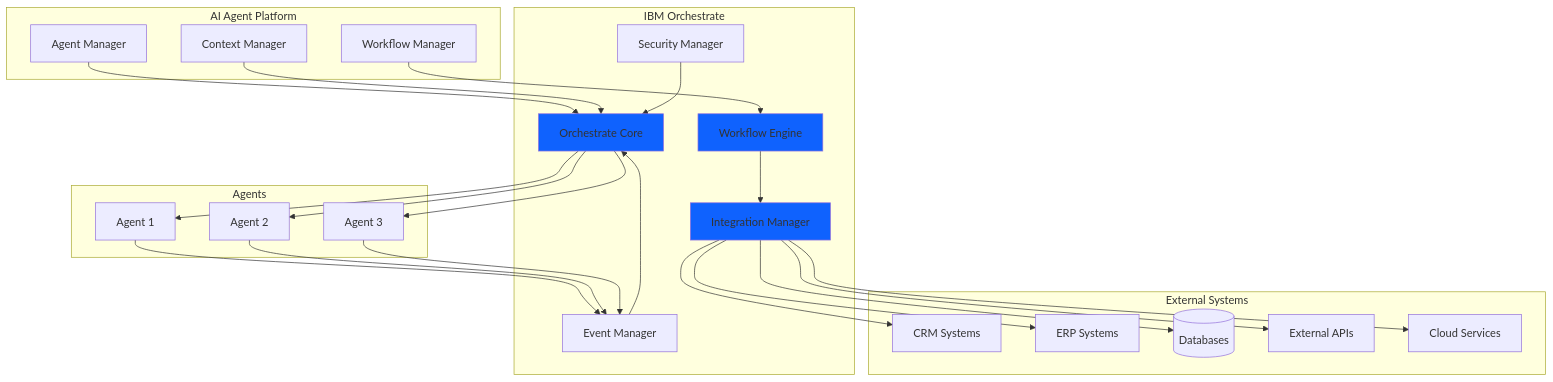
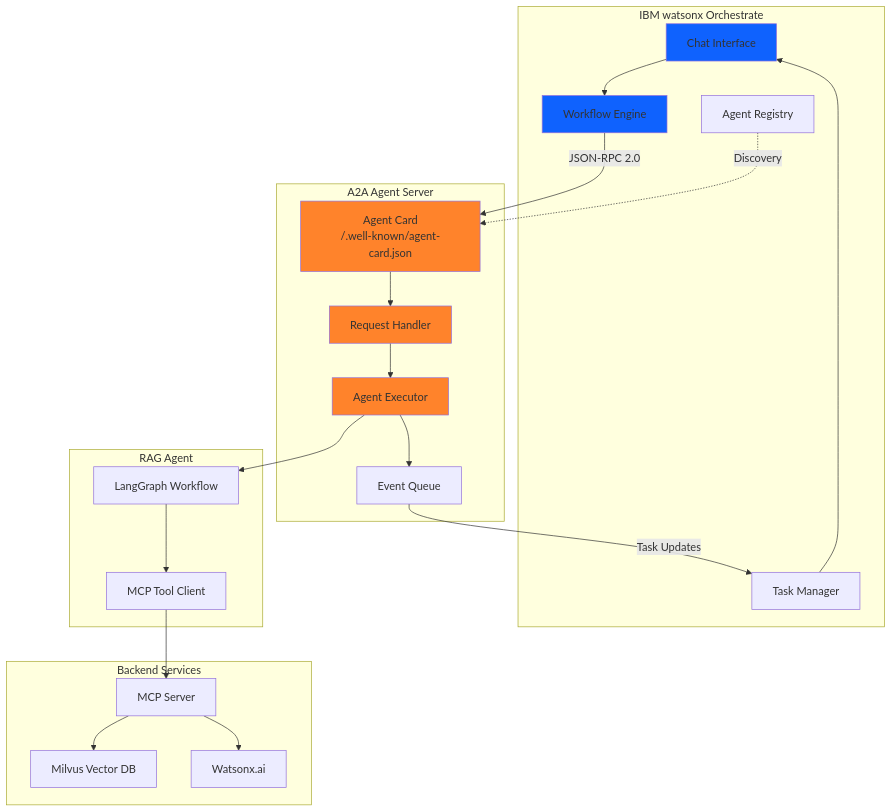
Before and after one commit to binnes/a2a: the diagram in docs/docs/architecture/orchestrate.md, drawn with Mermaid. The commit also changed other lines of this file and 30 other files, not shown here.

Commit message:
docs: update model configuration and Orchestrate integration details

````diff
--- a/docs/docs/architecture/orchestrate.md
+++ b/docs/docs/architecture/orchestrate.md
@@ -34,56 +34,49 @@
 ```mermaid
 graph TB
-    subgraph "AI Agent Platform"
-        AM[Agent Manager]
-        WM[Workflow Manager]
-        CM[Context Manager]
+    subgraph "IBM watsonx Orchestrate"
+        UI[Chat Interface]
+        WF[Workflow Engine]
+        AR[Agent Registry]
+        TM[Task Manager]
     end
     
-    subgraph "IBM Orchestrate"
-        OC[Orchestrate Core]
-        WE[Workflow Engine]
-        IM[Integration Manager]
-        EM[Event Manager]
-        SM[Security Manager]
+    subgraph "A2A Agent Server"
+        AC[Agent Card<br/>/.well-known/agent-card.json]
+        RH[Request Handler]
+        AE[Agent Executor]
+        EQ[Event Queue]
     end
     
-    subgraph "Agents"
-        A1[Agent 1]
-        A2[Agent 2]
-        A3[Agent 3]
+    subgraph "RAG Agent"
+        LG[LangGraph Workflow]
+        MCP[MCP Tool Client]
     end
     
-    subgraph "External Systems"
-        CRM[CRM Systems]
-        ERP[ERP Systems]
-        DB[(Databases)]
-        API[External APIs]
-        CLOUD[Cloud Services]
+    subgraph "Backend Services"
+        MCPS[MCP Server]
+        MILVUS[Milvus Vector DB]
+        WX[Watsonx.ai]
     end
     
-    AM --> OC
-    WM --> WE
-    CM --> OC
+    UI --> WF
+    WF -->|JSON-RPC 2.0| AC
+    AC --> RH
+    RH --> AE
+    AE --> LG
+    AE --> EQ
+    EQ -->|Task Updates| TM
+    TM --> UI
     
-    OC --> A1
-    OC --> A2
-    OC --> A3
+    LG --> MCP
+    MCP --> MCPS
+    MCPS --> MILVUS
+    MCPS --> WX
     
-    WE --> IM
-    IM --> CRM
-    IM --> ERP
-    IM --> DB
-    IM --> API
-    IM --> CLOUD
+    AR -.->|Discovery| AC
     
-    EM --> OC
-    SM --> OC
-    
-    A1 --> EM
-    A2 --> EM
-    A3 --> EM
-    
-    style OC fill:#0f62fe
-    style WE fill:#0f62fe
-    style IM fill:#0f62fe
+    style UI fill:#0f62fe
+    style WF fill:#0f62fe
+    style AC fill:#ff832b
+    style RH fill:#ff832b
+    style AE fill:#ff832b
 ```
````
